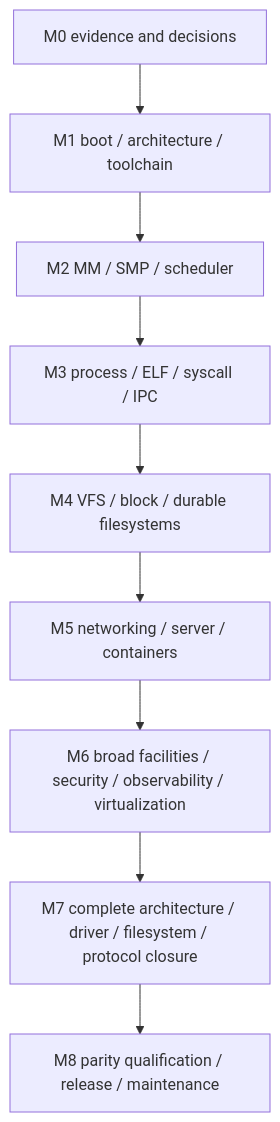
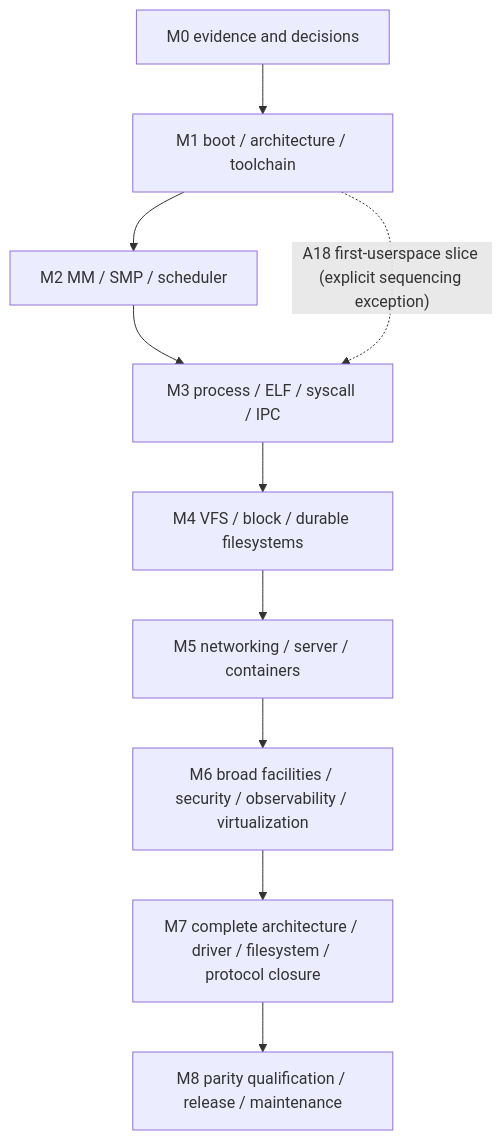
Before and after one commit to Big-Smarty/linux-rs: the diagram in docs/roadmap.md, drawn with Mermaid. The commit also changed other lines of this file and 1 other file, not shown here.

First line of the commit message:
docs: rewrite roadmap into the complete idiomatic-Rust porting program

````diff
--- a/docs/roadmap.md
+++ b/docs/roadmap.md
@@ -15,11 +30,12 @@
 ```mermaid
 flowchart TD
     M0["M0 evidence and decisions"] --> M1["M1 boot / architecture / toolchain"]
     M1 --> M2["M2 MM / SMP / scheduler"]
     M2 --> M3["M3 process / ELF / syscall / IPC"]
     M3 --> M4["M4 VFS / block / durable filesystems"]
     M4 --> M5["M5 networking / server / containers"]
     M5 --> M6["M6 broad facilities / security / observability / virtualization"]
     M6 --> M7["M7 complete architecture / driver / filesystem / protocol closure"]
     M7 --> M8["M8 parity qualification / release / maintenance"]
+    M1 -. "A18 first-userspace slice (explicit sequencing exception)" .-> M3
 ```
````
